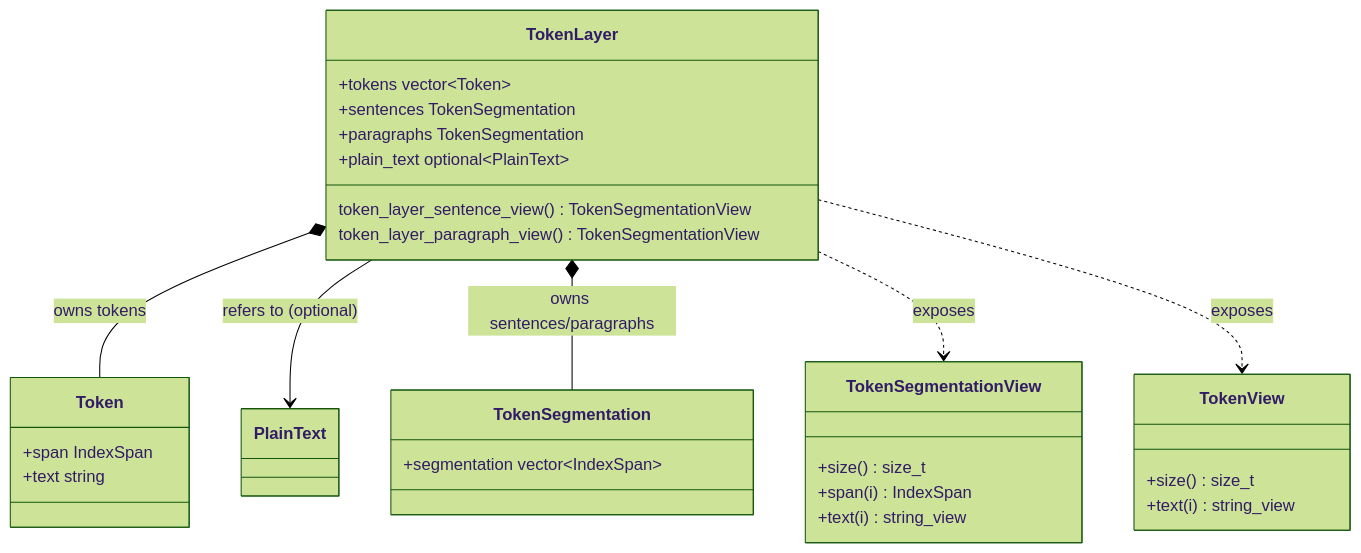
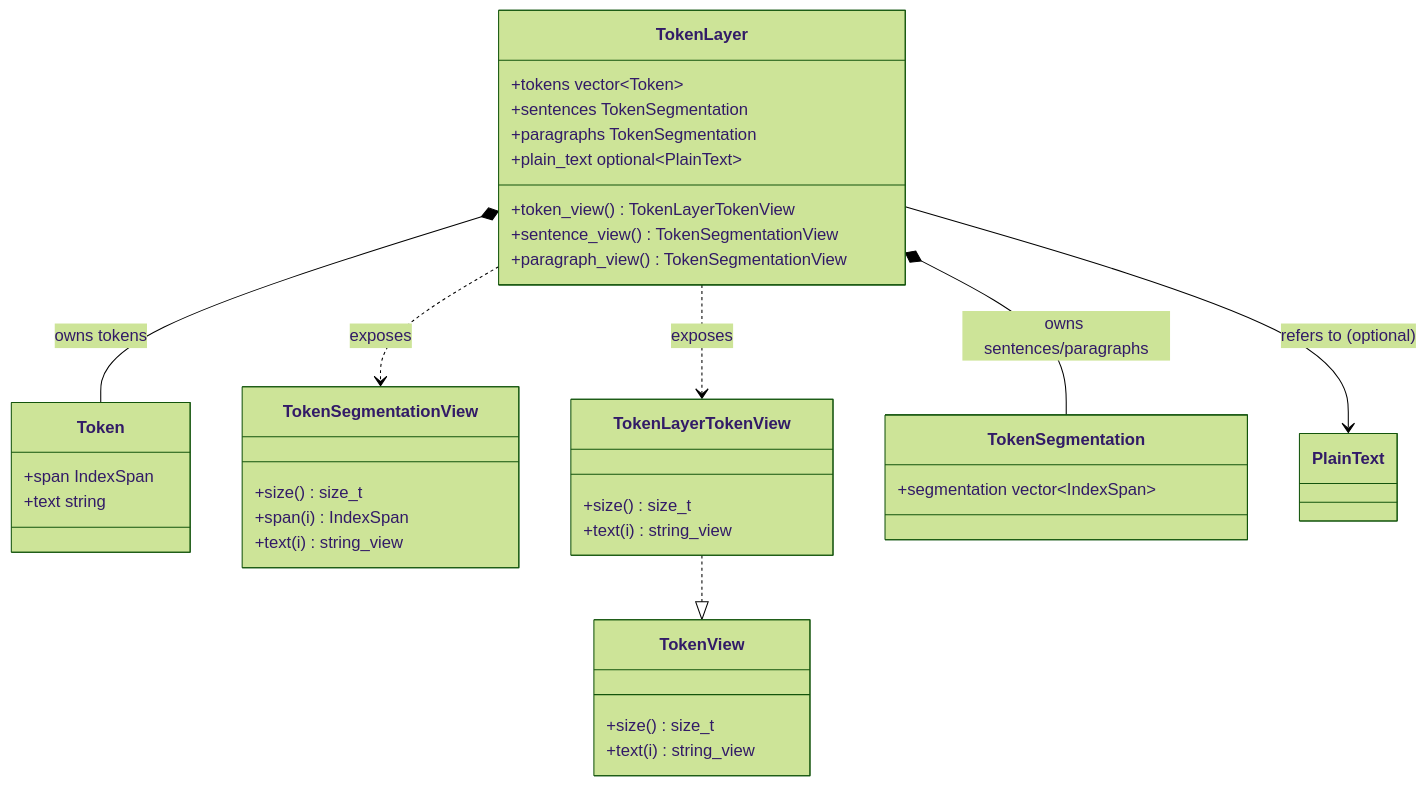
One commit to ufal/linpipe changed the fourth of 4 diagrams in docs/src/dev/segmentation_tokenization.md. Above: the diagram before and after it, drawn with Mermaid (forest theme).

Commit message:
Update documentation according to code.

````diff
--- a/docs/src/dev/segmentation_tokenization.md
+++ b/docs/src/dev/segmentation_tokenization.md
@@ -130,37 +130,44 @@
 ```mermaid
 classDiagram
     class Token {
         +span IndexSpan
         +text string
     }
 
     class TokenSegmentationView {
         +size() size_t
         +span(i) IndexSpan
         +text(i) string_view
     }
 
     class TokenView {
         +size() size_t
         +text(i) string_view
     }
 
+    class TokenLayerTokenView {
+        +size() size_t
+        +text(i) string_view
+    }
+
     class TokenSegmentation {
         +segmentation vector~IndexSpan~
     }
 
     class TokenLayer {
         +tokens vector~Token~
         +sentences TokenSegmentation
         +paragraphs TokenSegmentation
         +plain_text optional~PlainText~
-        token_layer_sentence_view() TokenSegmentationView
-        token_layer_paragraph_view() TokenSegmentationView
+        +token_view() TokenLayerTokenView
+        +sentence_view() TokenSegmentationView
+        +paragraph_view() TokenSegmentationView
     }
 
     TokenLayer *-- Token : owns tokens
     TokenLayer --> PlainText : refers to (optional)
     TokenLayer *-- TokenSegmentation : owns sentences/paragraphs
     TokenLayer ..> TokenSegmentationView : exposes
-    TokenLayer ..> TokenView : exposes
+    TokenLayer ..> TokenLayerTokenView : exposes
+    TokenLayerTokenView ..|> TokenView
 ```
````
